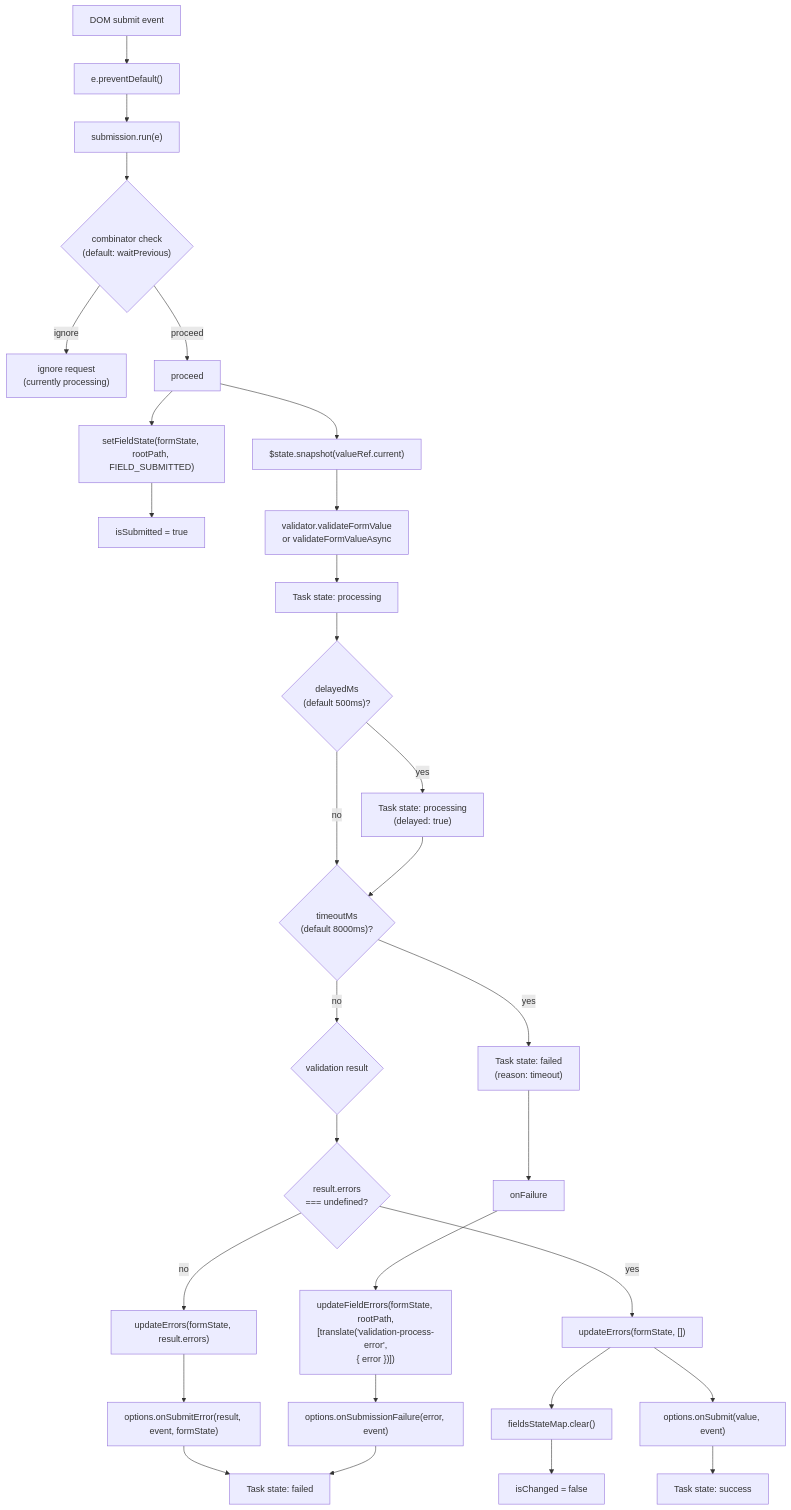
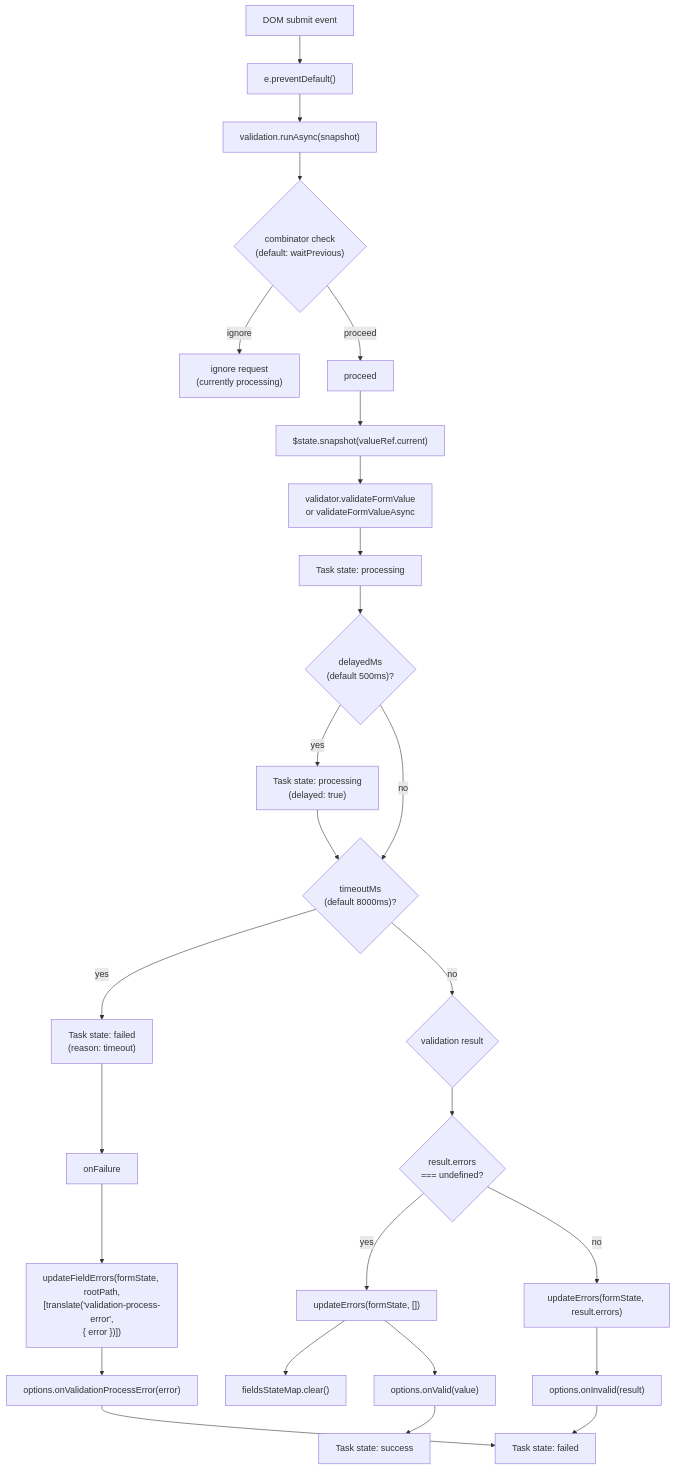
The diagram in apps/docs2/src/content/docs/form/event-flow-submit.mmd (x0k/svelte-jsonschema-form), drawn with Mermaid before and after one commit. The commit also changed 8 other files, not shown here.

Commit message:
[docs] Document Root layout, validation refactor and curried focus handler

```diff
--- a/apps/docs2/src/content/docs/form/event-flow-submit.mmd
+++ b/apps/docs2/src/content/docs/form/event-flow-submit.mmd
@@ -1,59 +1,53 @@
 flowchart TD
   domSubmit["DOM submit event"]
   prevent["e.preventDefault()"]
-  run["submission.run(e)"]
+  run["validation.runAsync(snapshot)"]
   combinator{"combinator check\n(default: waitPrevious)"}
   ignore["ignore request\n(currently processing)"]
   proceed["proceed"]
-  setState["setFieldState(formState, rootPath, FIELD_SUBMITTED)"]
-  isSubmitted["isSubmitted = true"]
   snapshot["$state.snapshot(valueRef.current)"]
   validate["validator.validateFormValue\nor validateFormValueAsync"]
   taskState["Task state: processing"]
   taskDelayed{"delayedMs\n(default 500ms)?"}
   delayed["Task state: processing\n(delayed: true)"]
   taskTimeout{"timeoutMs\n(default 8000ms)?"}
   timeout["Task state: failed\n(reason: timeout)"]
   validateResult{"validation result"}
   valid{"result.errors\n=== undefined?"}
   updateErrors["updateErrors(formState, [])"]
   clearFields["fieldsStateMap.clear()"]
-  isChanged["isChanged = false"]
-  onSubmit["options.onSubmit(value, event)"]
+  onValid["options.onValid(value)"]
   taskSuccess["Task state: success"]
   updateErrorsInvalid["updateErrors(formState, result.errors)"]
-  onSubmitError["options.onSubmitError(result, event, formState)"]
+  onInvalid["options.onInvalid(result)"]
   onFailure["onFailure"]
   updateFieldErrors["updateFieldErrors(formState, rootPath,\n[translate('validation-process-error',\n{ error })])"]
-  onSubmissionFailure["options.onSubmissionFailure(error, event)"]
+  onValidationProcessError["options.onValidationProcessError(error)"]
   taskFailed["Task state: failed"]
 
   domSubmit --> prevent
   prevent --> run
   run --> combinator
   combinator -->|ignore| ignore
   combinator -->|proceed| proceed
-  proceed --> setState
-  setState --> isSubmitted
   proceed --> snapshot
   snapshot --> validate
   validate --> taskState
   taskState --> taskDelayed
   taskDelayed -->|yes| delayed
   taskDelayed -->|no| taskTimeout
   delayed --> taskTimeout
   taskTimeout -->|yes| timeout
   taskTimeout -->|no| validateResult
   timeout --> onFailure
   validateResult --> valid
   valid -->|yes| updateErrors
   valid -->|no| updateErrorsInvalid
   updateErrors --> clearFields
-  clearFields --> isChanged
-  updateErrors --> onSubmit
-  onSubmit --> taskSuccess
-  updateErrorsInvalid --> onSubmitError
-  onSubmitError --> taskFailed
+  updateErrors --> onValid
+  onValid --> taskSuccess
+  updateErrorsInvalid --> onInvalid
+  onInvalid --> taskFailed
   onFailure --> updateFieldErrors
-  updateFieldErrors --> onSubmissionFailure
-  onSubmissionFailure --> taskFailed
+  updateFieldErrors --> onValidationProcessError
+  onValidationProcessError --> taskFailed
```
